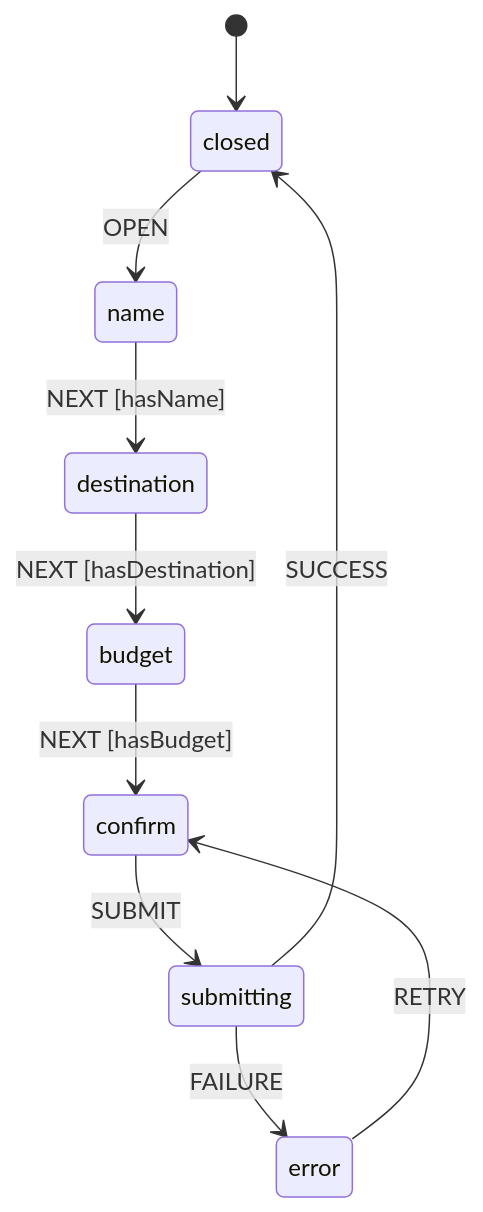
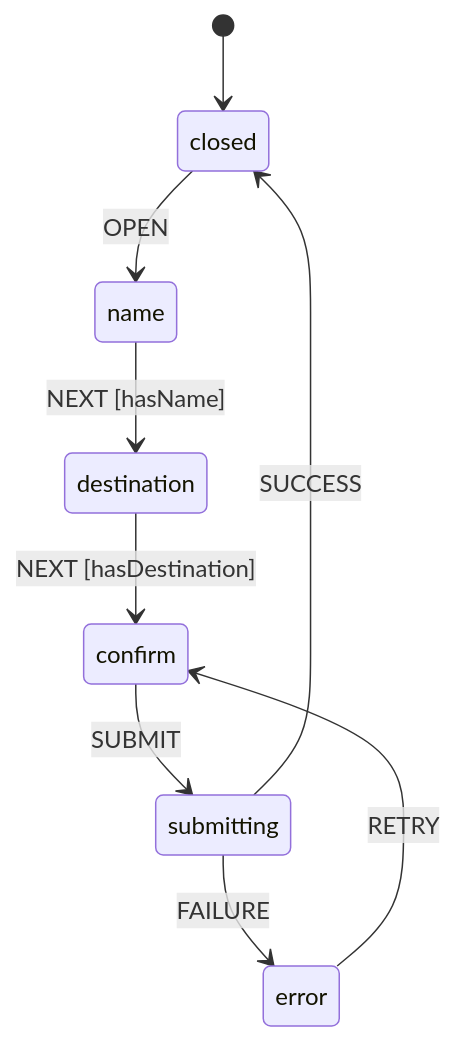
One commit to TGianella/talk-react-state changed the diagram in apps/slides/pages/exotic-solutions.md. Above: the diagram before and after it, drawn with Mermaid. The commit also changed other lines of this file and 2 other files, not shown here.

````diff
--- a/apps/slides/pages/exotic-solutions.md
+++ b/apps/slides/pages/exotic-solutions.md
@@ -1733,12 +1733,11 @@
 ```mermaid {scale: 0.55}
 stateDiagram-v2
     [*] --> closed
     closed --> name : OPEN
     name --> destination : NEXT [hasName]
-    destination --> budget : NEXT [hasDestination]
-    budget --> confirm : NEXT [hasBudget]
+    destination --> confirm : NEXT [hasDestination]
     confirm --> submitting : SUBMIT
     submitting --> closed : SUCCESS
     submitting --> error : FAILURE
     error --> confirm : RETRY
 ```
````
